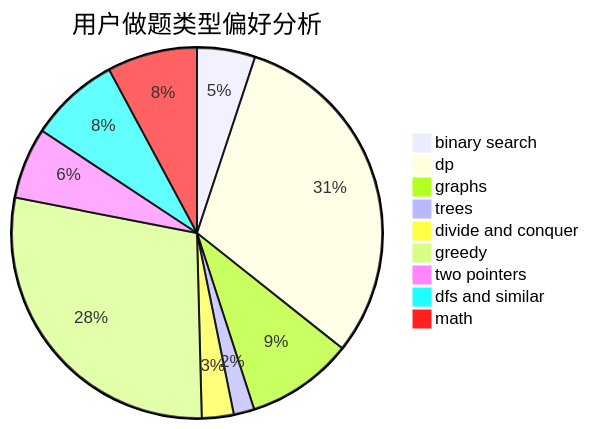
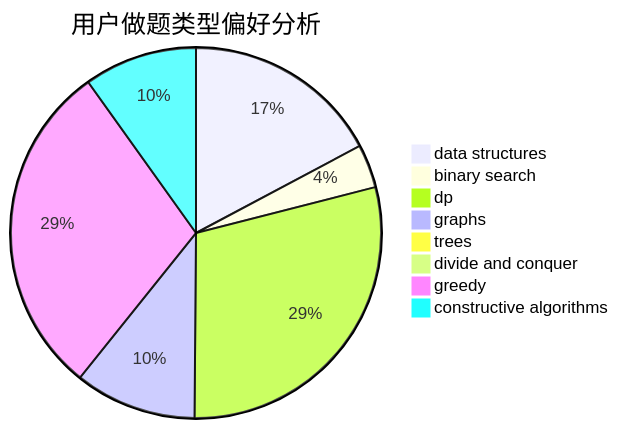
The second of 3 diagrams in docs/user/u1273.md (sherpahu/cfrs.github.io), drawn with Mermaid before and after one commit. The commit also changed other lines of this file and 2775 other files, not shown here.

````diff
--- a/docs/user/u1273.md
+++ b/docs/user/u1273.md
@@ -23,12 +23,11 @@
 ```mermaid
 pie title 用户做题类型偏好分析
-    "binary search" :  31
-    "dp" :  187
-    "graphs" :  57
-    "trees" :  11
-    "divide and conquer" :  17
-    "greedy" :  174
-    "two pointers" :  38
-    "dfs and similar" :  48
-    "math" :  48
+    "data structures" :  68
+    "binary search" :  15
+    "dp" :  115
+    "graphs" :  42
+    "trees" :  4
+    "divide and conquer" :  4
+    "greedy" :  116
+    "constructive algorithms" :  39
 ```
````
